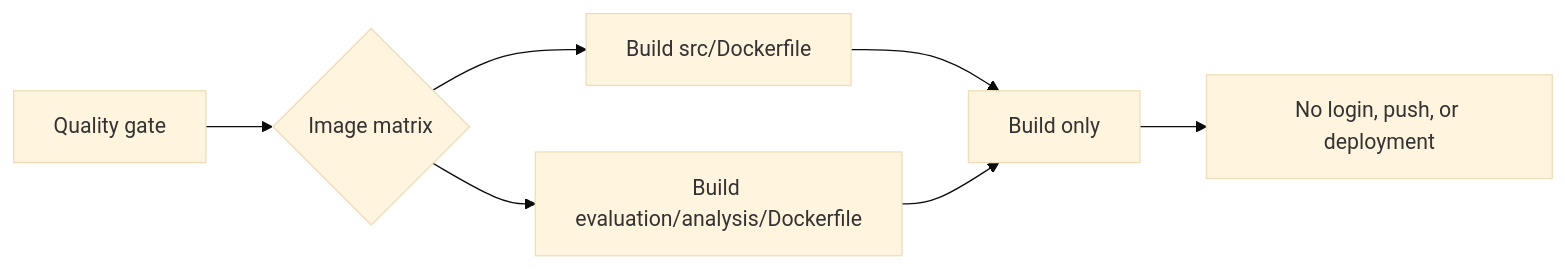
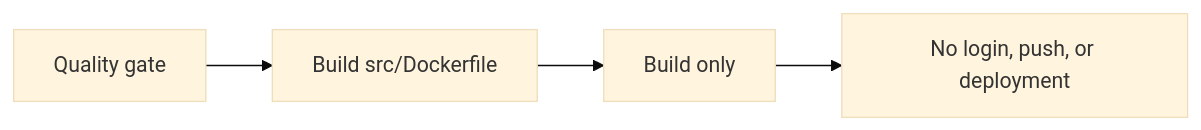
The seventh of 9 diagrams in docs/inprogress/ci-cd-pipeline.md (michalo1334/master_thesis), drawn with Mermaid (base theme) before and after one commit. The commit also changed other lines of this file and 326 other files, not shown here.

````diff
--- a/docs/inprogress/ci-cd-pipeline.md
+++ b/docs/inprogress/ci-cd-pipeline.md
@@ -170,9 +152,6 @@
 ```mermaid
 flowchart LR
-  gate[Quality gate] --> matrix{Image matrix}
-  matrix --> app[Build src/Dockerfile]
-  matrix --> analysis[Build evaluation/analysis/Dockerfile]
+  gate[Quality gate] --> app[Build src/Dockerfile]
   app --> done[Build only]
-  analysis --> done
   done --> noPush[No login, push, or deployment]
 ```
````
